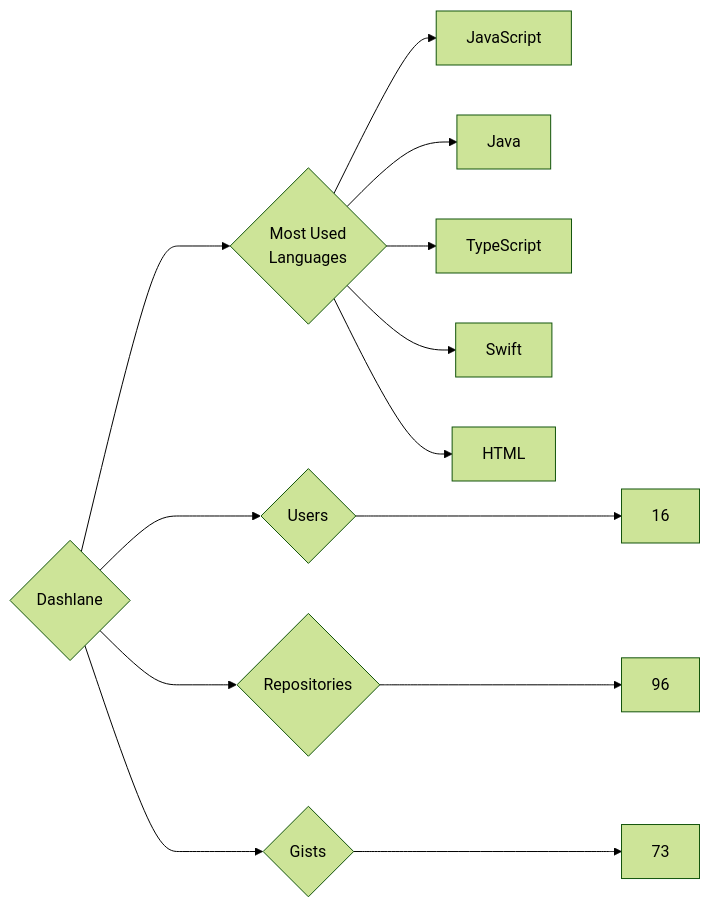
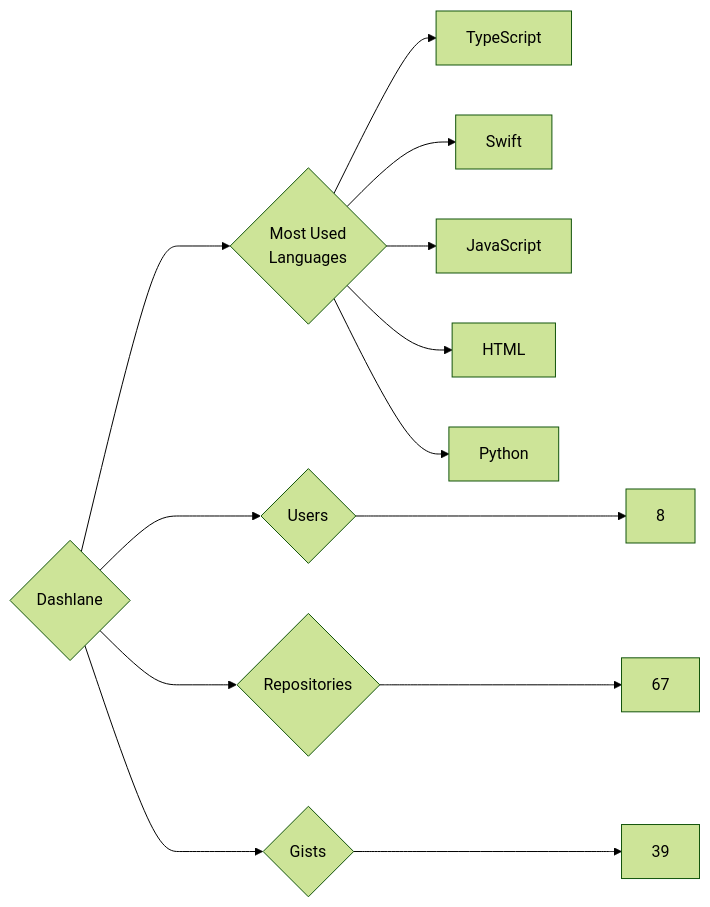
The diagram in targets/Dashlane/README.md (trickest/insiders), drawn with Mermaid (forest theme) before and after one commit. The commit also changed 636 other files, not shown here.

````diff
--- a/targets/Dashlane/README.md
+++ b/targets/Dashlane/README.md
@@ -3,13 +3,13 @@
 ```mermaid
 graph LR
 COMPANY_NAME{Dashlane}
-COMPANY_NAME ---> U{Users} ---> UN[16]
-COMPANY_NAME ---> R{Repositories} ---> RN[96]
-COMPANY_NAME ---> G{Gists} ---> GN[73]
+COMPANY_NAME ---> U{Users} ---> UN[8]
+COMPANY_NAME ---> R{Repositories} ---> RN[67]
+COMPANY_NAME ---> G{Gists} ---> GN[39]
 COMPANY_NAME ---> ML{Most Used<br>Languages}
-ML --> JavaScript[JavaScript]
-ML --> Java[Java]
 ML --> TypeScript[TypeScript]
 ML --> Swift[Swift]
+ML --> JavaScript[JavaScript]
 ML --> HTML[HTML]
+ML --> Python[Python]
 ```
````
